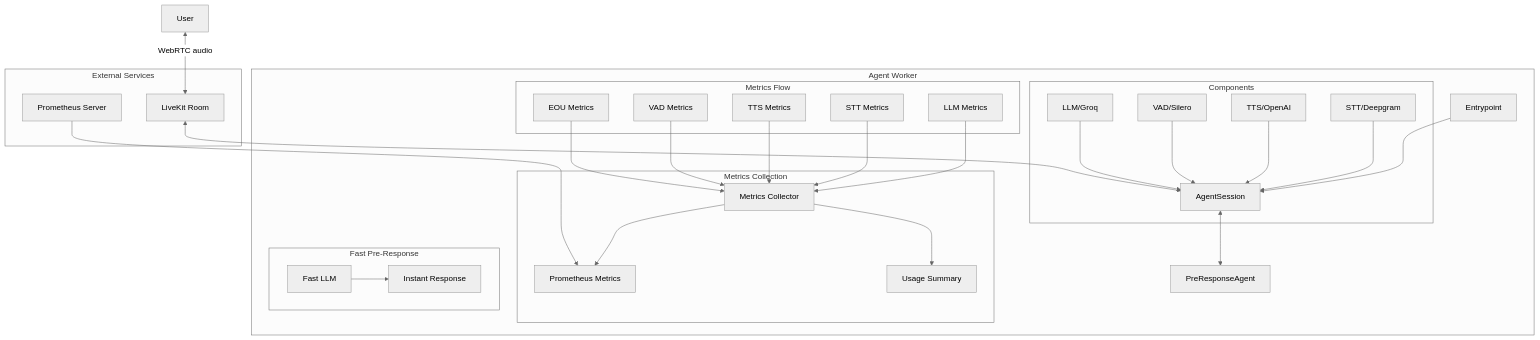
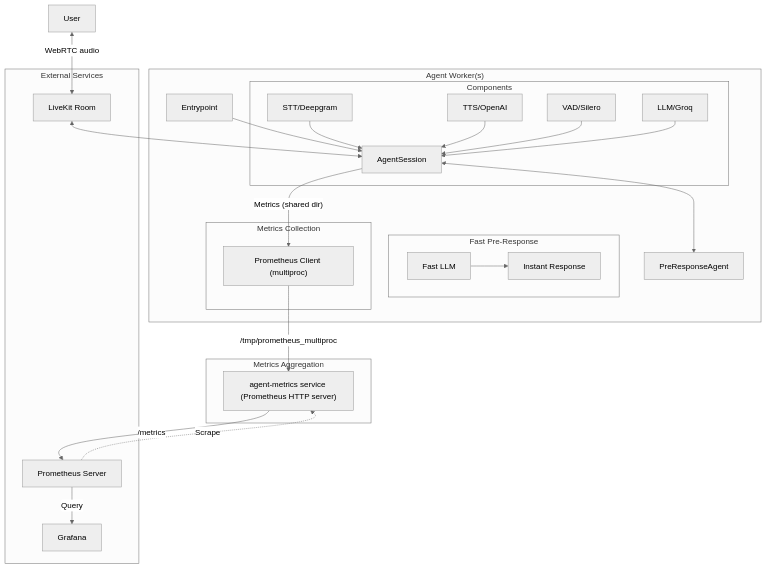
The diagram in agent-worker/README.md (mmzaboys/webrtc-agent-livekit), drawn with Mermaid (neutral theme) before and after one commit. The commit also changed other lines of this file and 1 other file, not shown here.

Commit message:
readme update

````diff
--- a/agent-worker/README.md
+++ b/agent-worker/README.md
@@ -48,34 +55,37 @@
 ```mermaid
-graph TD
-    subgraph "Agent Worker"
-        A[Entrypoint] --> B[AgentSession]
-        B <--> C[PreResponseAgent]
-        
-        subgraph "Metrics Collection"
-            D[Metrics Collector] --> E[Prometheus Metrics]
-            D --> F[Usage Summary]
-        end
-        
+flowchart TD
+    subgraph "Agent Worker(s)"
+        A1["Entrypoint"] --> A2["AgentSession"]
+        A2 <--> A3["PreResponseAgent"]
         subgraph "Components"
-            G[STT/Deepgram] --> B
-            H[TTS/OpenAI] --> B
-            I[VAD/Silero] --> B
-            J[LLM/Groq] --> B
+            A4["STT/Deepgram"] --> A2
+            A5["TTS/OpenAI"] --> A2
+            A6["VAD/Silero"] --> A2
+            A7["LLM/Groq"] --> A2
         end
         subgraph "Fast Pre-Response"
-            K[Fast LLM] --> L[Instant Response]
+            A8["Fast LLM"] --> A9["Instant Response"]
         end
-        subgraph "Metrics Flow"
-            O[LLM Metrics] --> D
-            P[STT Metrics] --> D
-            Q[TTS Metrics] --> D
-            R[VAD Metrics] --> D
-            S[EOU Metrics] --> D
+        subgraph "Metrics Collection"
+            A10["Prometheus Client (multiproc)"]
         end
+        A2 -->|"Metrics (shared dir)"| A10
     end
-    U[User] <-->|WebRTC audio| M
+    
+    subgraph "Metrics Aggregation"
+        B1["agent-metrics service (Prometheus HTTP server)"]
+        A10 -->|"/tmp/prometheus_multiproc"| B1
+    end
+    
     subgraph "External Services"
-        M[LiveKit Room] <--> B
-        N[Prometheus Server] --> E
+        C1["LiveKit Room"] <--> A2
+        C2["Prometheus Server"]
+        C3["Grafana"]
     end
+    
+    B1 -- "/metrics" --> C2
+    C2 -- "Query" --> C3
+    C2 -.->|"Scrape"| B1
+    
+    U["User"] <-->|"WebRTC audio"| C1
 ```
````
